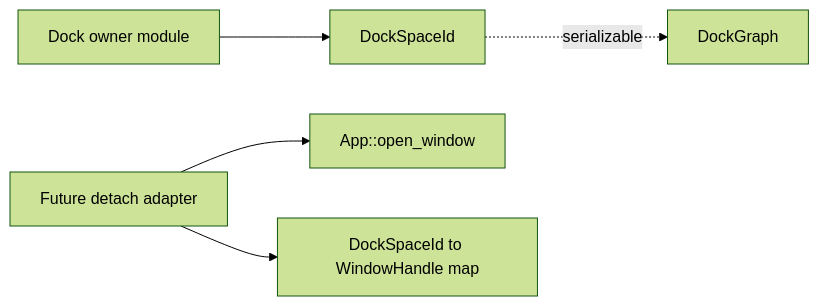
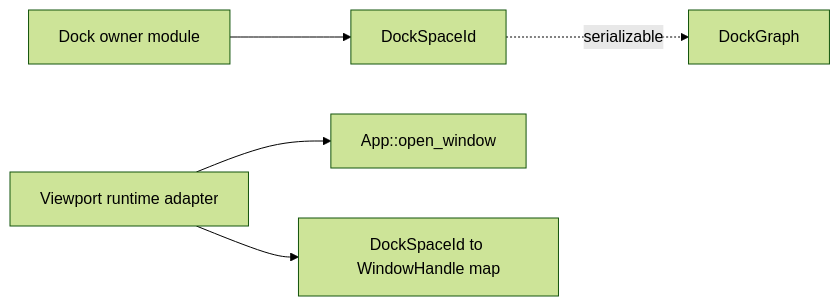
The second of 2 diagrams in docs/adr/0002-docking-gpui-integration.md (Latias94/open-gpui), drawn with Mermaid (forest theme) before and after one commit. The commit also changed other lines of this file and 2 other files, not shown here.

Commit message:
docs(docking): align architecture notes with viewport product path

````diff
--- a/docs/adr/0002-docking-gpui-integration.md
+++ b/docs/adr/0002-docking-gpui-integration.md
@@ -88,7 +99,7 @@
 ```mermaid
 flowchart LR
     Owner[Dock owner module] --> Space[DockSpaceId]
-    DetachAdapter[Future detach adapter] --> AppOpen[App::open_window]
+    DetachAdapter[Viewport runtime adapter] --> AppOpen[App::open_window]
     DetachAdapter --> WindowMap[DockSpaceId to WindowHandle map]
     Space -.serializable.-> Graph[DockGraph]
 ```
````
